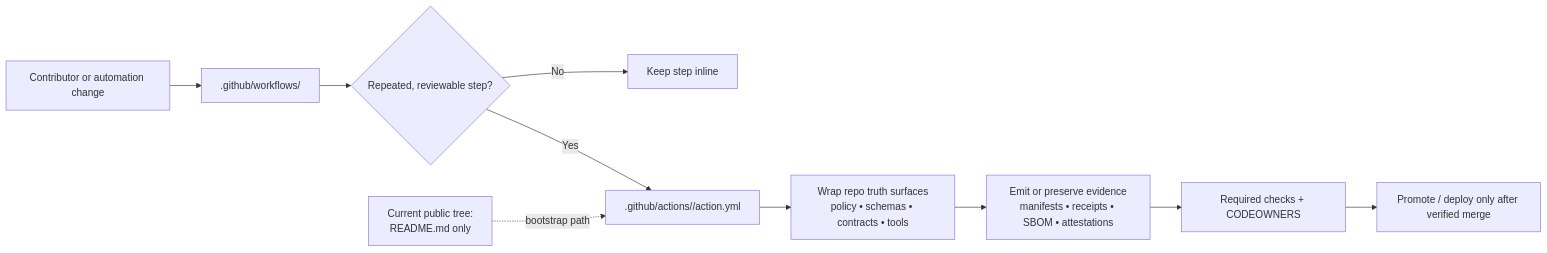
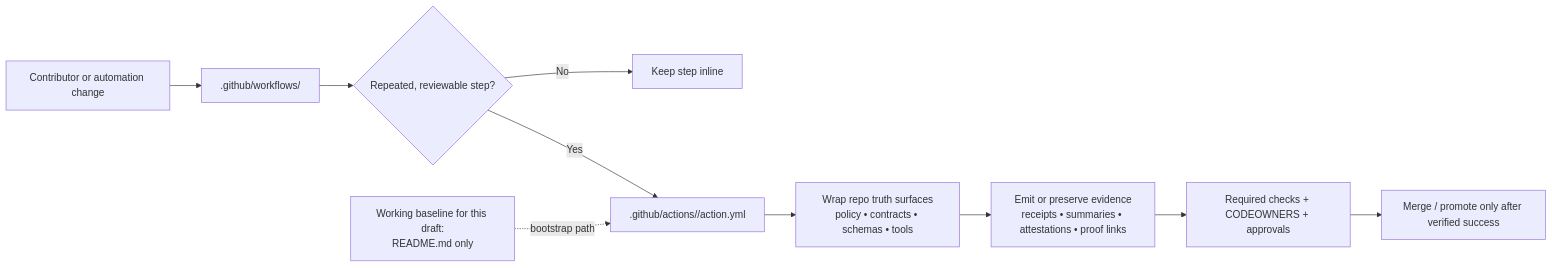
One commit to bartytime4life/Kansas-Frontier-Matrix changed the diagram in .github/actions/README.md. Above: the diagram before and after it, drawn with Mermaid. The commit also changed other lines of this file, not shown here.

````diff
--- a/.github/actions/README.md
+++ b/.github/actions/README.md
@@ -320,13 +361,15 @@
 ```mermaid
 flowchart LR
     A[Contributor or automation change] --> B[.github/workflows/]
     B --> C{Repeated, reviewable step?}
+
     C -->|No| D[Keep step inline]
     C -->|Yes| E[.github/actions/<action>/action.yml]
-    E --> F[Wrap repo truth surfaces<br/>policy • schemas • contracts • tools]
-    F --> G[Emit or preserve evidence<br/>manifests • receipts • SBOM • attestations]
-    G --> H[Required checks + CODEOWNERS]
-    H --> I[Promote / deploy only after verified merge]
 
-    X[Current public tree:<br/>README.md only] -. bootstrap path .-> E
+    E --> F[Wrap repo truth surfaces<br/>policy • contracts • schemas • tools]
+    F --> G[Emit or preserve evidence<br/>receipts • summaries • attestations • proof links]
+    G --> H[Required checks + CODEOWNERS + approvals]
+    H --> I[Merge / promote only after verified success]
+
+    X[Working baseline for this draft:<br/>README.md only] -. bootstrap path .-> E
 ```
````
